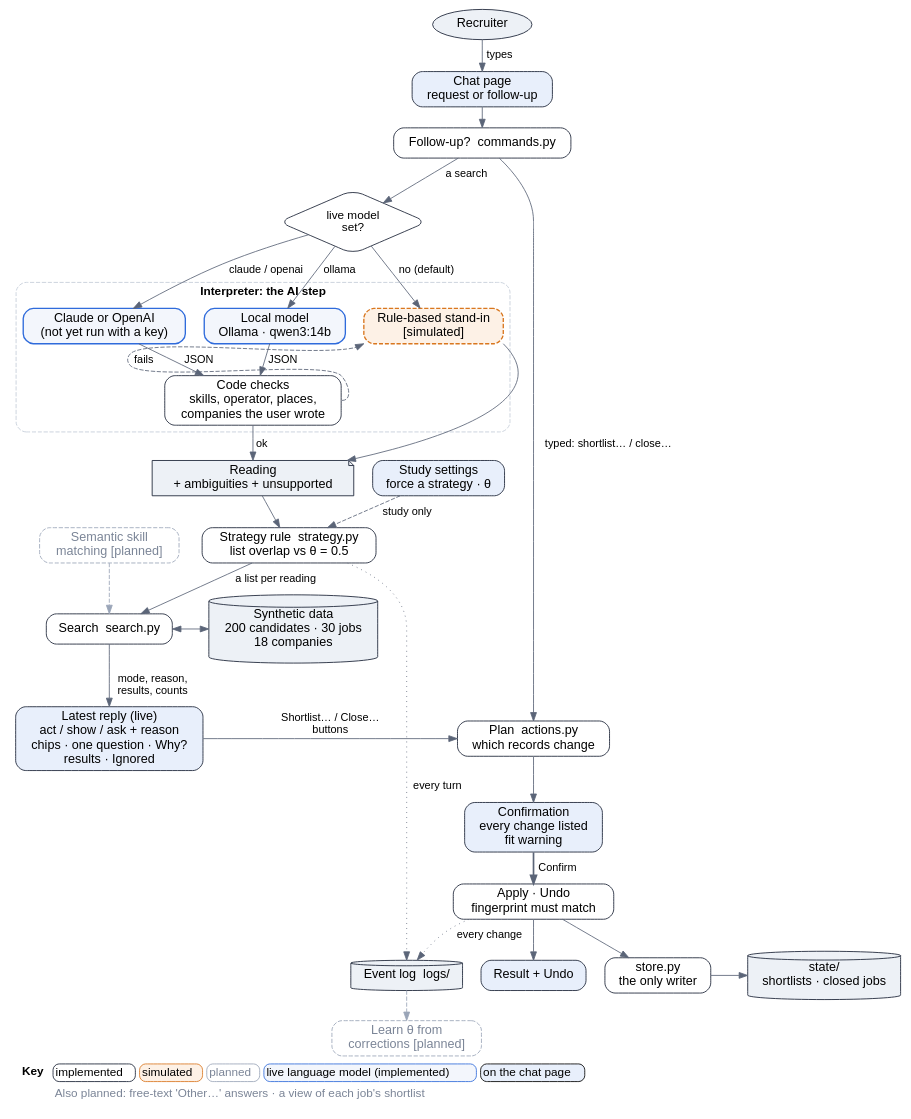
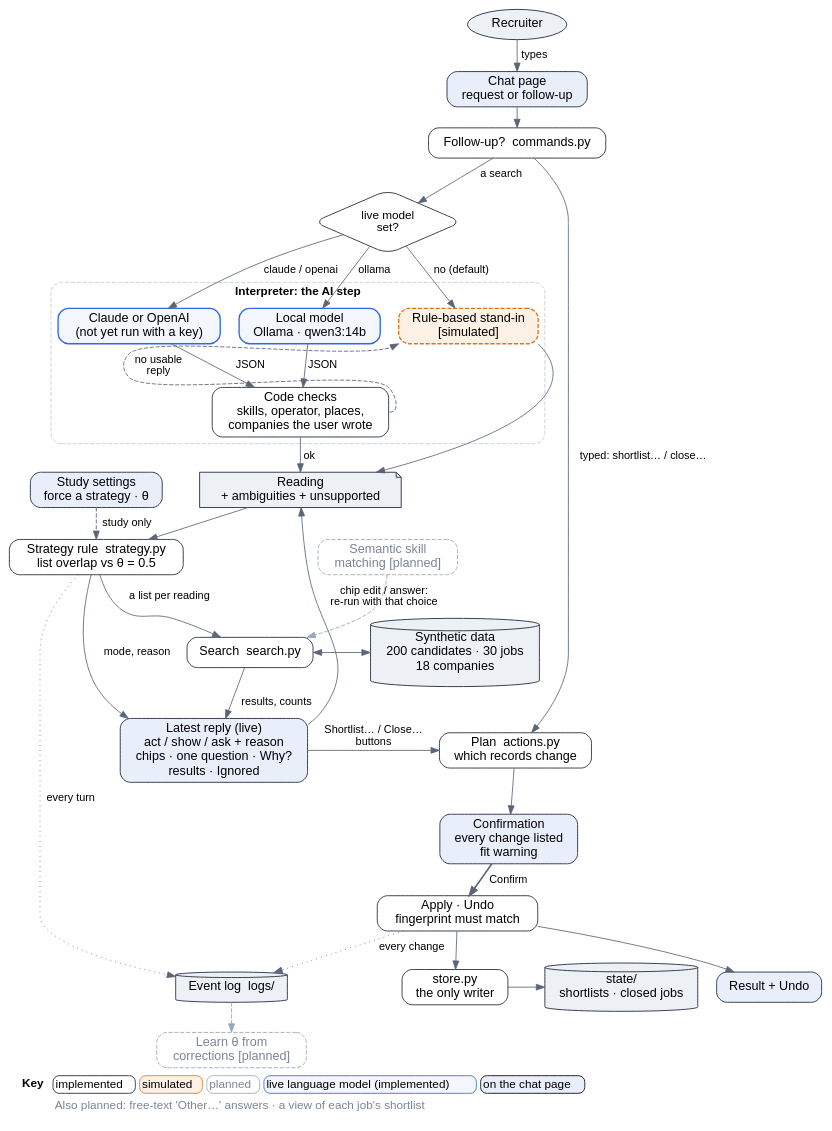
One commit to ar-pavel/ambiguity-aware-ai-search changed the diagram in docs/system.dot. Above: the diagram before and after it, drawn with Graphviz. The commit also changed 4 other files, not shown here.

First line of the commit message:
docs: the edit path in the diagram, and a test for the threshold claim (#72)

```diff
--- a/docs/system.dot
+++ b/docs/system.dot
@@ -1,93 +1,95 @@
 // System diagram. Render: dot -Tpng -Gdpi=200 docs/system.dot -o docs/system.png && dot -Tsvg docs/system.dot -o docs/system.svg
 // Left column: reading a request (top to bottom). Right column: changing records.
 // Border marks status: solid = implemented, orange dashed = simulated, grey dashed = planned,
 // blue = a live language model (implemented). Blue fill = on the chat page (web/); white = server (assistant/);
 // cylinders = files on disk.
 digraph system {
   rankdir=TB; nodesep=0.3; ranksep=0.32; newrank=true;
   node [shape=box, style="rounded,filled", fillcolor="#ffffff", color="#172033", fontname="Helvetica", fontsize=15];
   edge [fontname="Helvetica", fontsize=13, color="#5b6578"];
 
   recruiter [label="Recruiter", shape=ellipse, fillcolor="#edf1f6"];
   request [label="Chat page\nrequest or follow-up", fillcolor="#e8effb"];
   settings [label="Study settings\nforce a strategy · θ", fillcolor="#e8effb"];
   cmd [label="Follow-up?  commands.py"];
   route [label="live model\nset?", shape=diamond, fontsize=14];
 
   subgraph cluster_interp {
     label="Interpreter: the AI step"; labelloc=t; fontname="Helvetica-Bold"; fontsize=14;
     color="#c4ccd8"; style="rounded,dashed";
     ollama [label="Local model\nOllama · qwen3:14b", fillcolor="#f3f6fc", color="#2f6bdb", penwidth=1.6];
     cloud [label="Claude or OpenAI\n(not yet run with a key)", fillcolor="#f3f6fc", color="#2f6bdb", penwidth=1.6];
     rules [label="Rule-based stand-in\n[simulated]", style="rounded,filled,dashed", fillcolor="#fdf1e6", color="#d9771f", penwidth=1.6];
     checks [label="Code checks\nskills, operator, places,\ncompanies the user wrote"];
   }
 
   reading [label="Reading\n+ ambiguities + unsupported", shape=note, fillcolor="#edf1f6"];
   rule [label="Strategy rule  strategy.py\nlist overlap vs θ = 0.5"];
   search [label="Search  search.py"];
   reply [label="Latest reply (live)\nact / show / ask + reason\nchips · one question · Why?\nresults · Ignored", fillcolor="#e8effb"];
 
   plan [label="Plan  actions.py\nwhich records change"];
   confirm [label="Confirmation\nevery change listed\nfit warning", fillcolor="#e8effb"];
   apply [label="Apply · Undo\nfingerprint must match"];
   store [label="store.py\nthe only writer"];
   result [label="Result + Undo", fillcolor="#e8effb"];
 
   data [label="Synthetic data\n200 candidates · 30 jobs\n18 companies", shape=cylinder, fillcolor="#edf1f6"];
   state [label="state/\nshortlists · closed jobs", shape=cylinder, fillcolor="#edf1f6"];
   log [label="Event log  logs/", shape=cylinder, fillcolor="#edf1f6"];
 
   learn [label="Learn θ from\ncorrections [planned]", style="rounded,dashed", color="#9aa5b8", fontcolor="#7b8597"];
   semantic [label="Semantic skill\nmatching [planned]", style="rounded,dashed", color="#9aa5b8", fontcolor="#7b8597"];
 
   {rank=same; reading; settings}
   {rank=same; ollama; cloud; rules}
   {rank=same; search; data}
   {rank=same; reply; plan}
   {rank=same; store; state}
 
   // reading a request
   recruiter -> request [label=" types"];
   request -> cmd;
   cmd -> route [label=" a search"];
   route -> ollama [label="ollama"];
   route -> cloud [label="claude / openai"];
   route -> rules [label="no (default)"];
   ollama -> checks [label=" JSON"];
   cloud -> checks [label=" JSON"];
-  checks:e -> rules:sw [label=" fails", style=dashed, constraint=false];
+  checks:e -> rules:sw [label=" no usable\n reply", style=dashed, constraint=false];
   checks -> reading [label=" ok"];
   rules:se -> reading;
   reading -> rule;
   settings -> rule [style=dashed, label=" study only"];
   rule -> search [label=" a list per reading"];
   search -> data [dir=both, constraint=false];
-  search -> reply [label=" mode, reason,\n results, counts"];
+  search -> reply [label=" results, counts"];
+  rule -> reply [label=" mode, reason"];
+  reply -> reading [label=" chip edit / answer:\n re-run with that choice", constraint=false];
   semantic -> search [style=dashed, color="#9aa5b8"];
 
   // changing records
   reply -> plan [label=" Shortlist… / Close…\n buttons"];
   cmd -> plan [label=" typed: shortlist… / close…"];
   plan -> confirm;
   confirm -> apply [label=" Confirm", style=bold];
   apply -> store;
   store -> state;
   apply -> result;
 
   // evaluation
   rule -> log [style=dotted, label=" every turn"];
   apply -> log [style=dotted, label=" every change"];
   log -> learn [style=dashed, color="#9aa5b8"];
 
   labelloc=b; labeljust=l; fontname="Helvetica"; fontsize=14;
   label=<<table border="0" cellborder="0" cellspacing="5">
     <tr><td align="left"><b>Key</b></td>
         <td border="1" style="rounded" color="#172033">implemented</td>
         <td border="1" style="rounded" color="#d9771f" bgcolor="#fdf1e6">simulated</td>
         <td border="1" style="rounded" color="#9aa5b8"><font color="#7b8597">planned</font></td>
         <td border="1" style="rounded" color="#2f6bdb" bgcolor="#f3f6fc">live language model (implemented)</td>
         <td border="1" style="rounded" bgcolor="#e8effb">on the chat page</td></tr>
     <tr><td></td><td colspan="5" align="left"><font color="#7b8597">Also planned: free-text 'Other…' answers · a view of each job's shortlist</font></td></tr>
   </table>>;
 }
```
